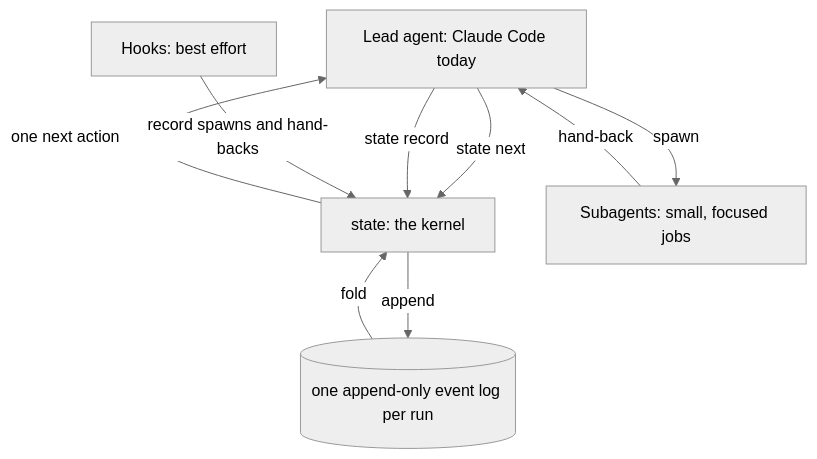
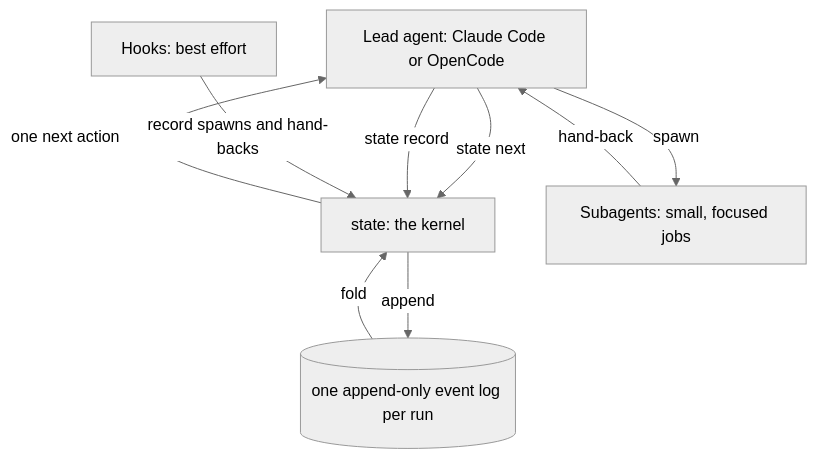
The diagram in docs/harness/README.md (ILIYANGERMANOV/nixos), drawn with Mermaid (neutral theme) before and after one commit. The commit also changed other lines of this file and 39 other files, not shown here.

First line of the commit message:
[agents] OpenCode support: opencode-kategory + headless (#556) (#560)

````diff
--- a/docs/harness/README.md
+++ b/docs/harness/README.md
@@ -3,16 +3,16 @@
 ```mermaid
 flowchart TD
-  lead["Lead agent: Claude Code today"]
+  lead["Lead agent: Claude Code or OpenCode"]
   state["state: the kernel"]
   log[("one append-only event log per run")]
   worker["Subagents: small, focused jobs"]
   hooks["Hooks: best effort"]
   lead -->|"state next"| state
   state -->|"one next action"| lead
   lead -->|"spawn"| worker
   worker -->|"hand-back"| lead
   lead -->|"state record"| state
   hooks -->|"record spawns and hand-backs"| state
   state -->|"append"| log
   log -->|"fold"| state
 ```
````
